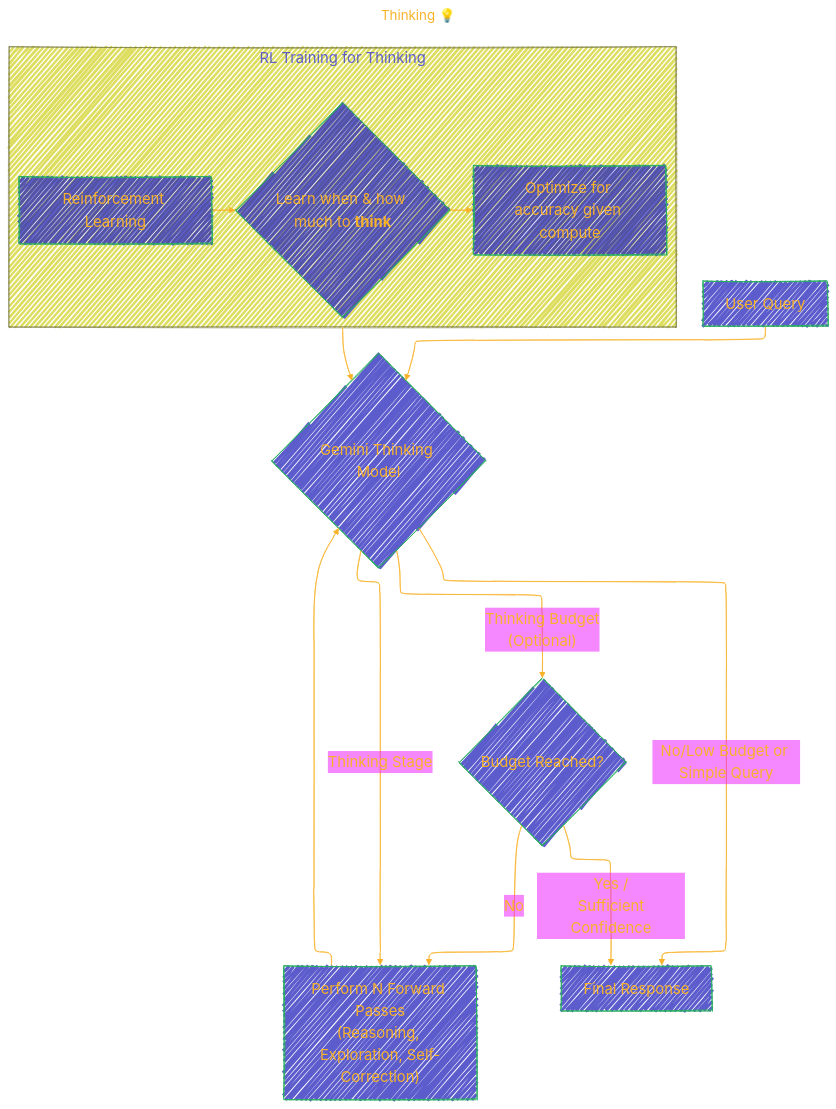
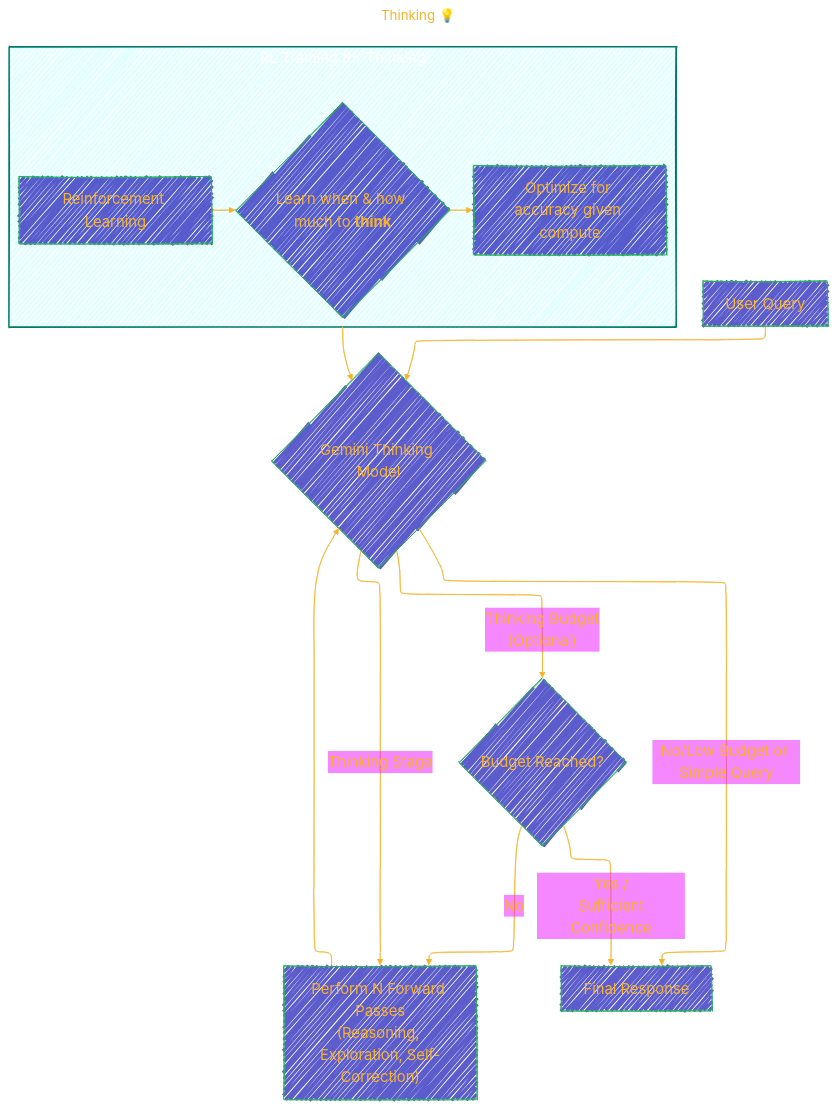
One commit to CongLeSolutionX/Synthetic-Zooniverse changed the seventh of 11 diagrams in GOOGLE/GEMINI_FAMILY/gemini_v2_5_report.md. Above: the diagram before and after it, drawn with Mermaid. The commit also changed other lines of this file, not shown here.

````diff
--- a/GOOGLE/GEMINI_FAMILY/gemini_v2_5_report.md
+++ b/GOOGLE/GEMINI_FAMILY/gemini_v2_5_report.md
@@ -523,53 +525,54 @@
 ```mermaid
 ---
 title: "Thinking 💡"
 author: "Cong Le"
 version: "1.0"
 license(s): "MIT, CC BY-SA 4.0"
 copyright: "Copyright (c) 2025 Cong Le. All Rights Reserved."
 config:
   layout: elk
   theme: base
   look: handDrawn
 ---
 %%%%%%%% Mermaid version v11.4.1-b.14
 %%%%%%%% Available curve styles include the following keywords:
 %% basis, bumpX, bumpY, cardinal, catmullRom, linear, monotoneX, monotoneY, natural, step, stepAfter, stepBefore.
 %%{
   init: {
     'flowchart': { 'htmlLabels': true, 'curve': 'basis' },
     'fontFamily': 'American Typewriter, monospace',
     'logLevel': 'fatal',
     'themeVariables': {
       'primaryColor': '#22BB',
       'primaryTextColor': '#F8B229',
       'lineColor': '#F8B229',
       'primaryBorderColor': '#27AE60',
       'secondaryColor': '#E2F1',
       'secondaryTextColor': '#6C3483',
       'secondaryBorderColor': '#A569BD',
       'fontSize': '20px'
     }
   }
 }%%
 flowchart TD
     A["User Query"] --> B{"Gemini Thinking Model"}
     B -- "Thinking Stage" --> C["Perform N Forward Passes<br/>(Reasoning, Exploration, Self-Correction)"]
     C --> B
     B -- "Thinking Budget<br/>(Optional)" --> D{"Budget Reached?"}
     D -- "Yes /<br/> Sufficient Confidence" --> E["Final Response"]
     D -- No --> C
     B -- "No/Low Budget or Simple Query" --> E
 
     subgraph RL_Training_for_Thinking["RL Training for Thinking"]
+    style RL_Training_for_Thinking fill:#2FF2,stroke:#00796b,stroke-width:2px, color: #FFFF
     direction LR
         RL1["Reinforcement Learning"] --> RL2{"Learn when & how much to <b>think</b>"}
         RL2 --> RL3["Optimize for accuracy given compute"]
     end
     RL_Training_for_Thinking --> B
 
     %% note right of C
     %%    N can be tens of thousands.
     %%    Model decides N, or constrained by budget.
     %% end note
 ```
````
